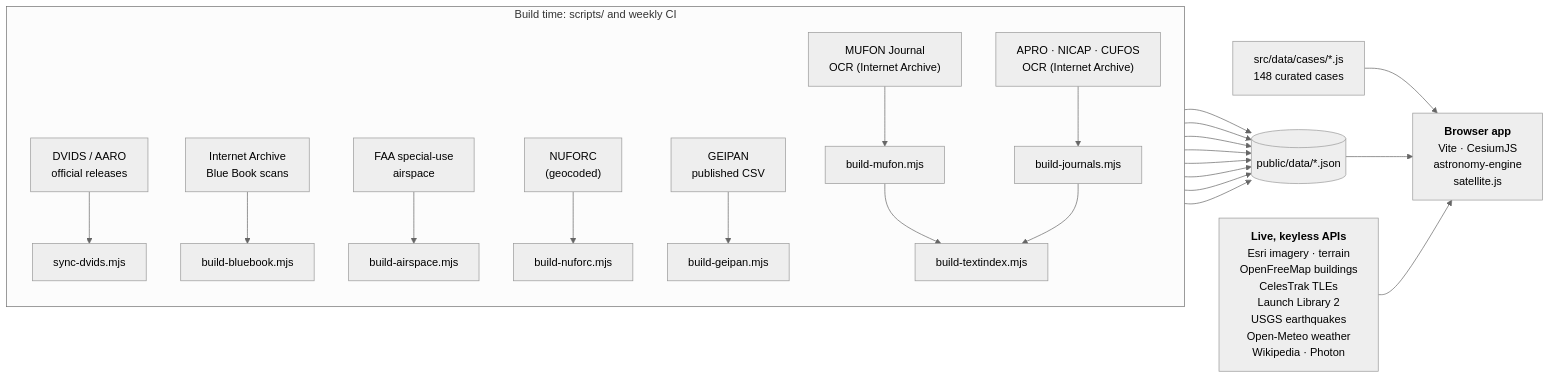
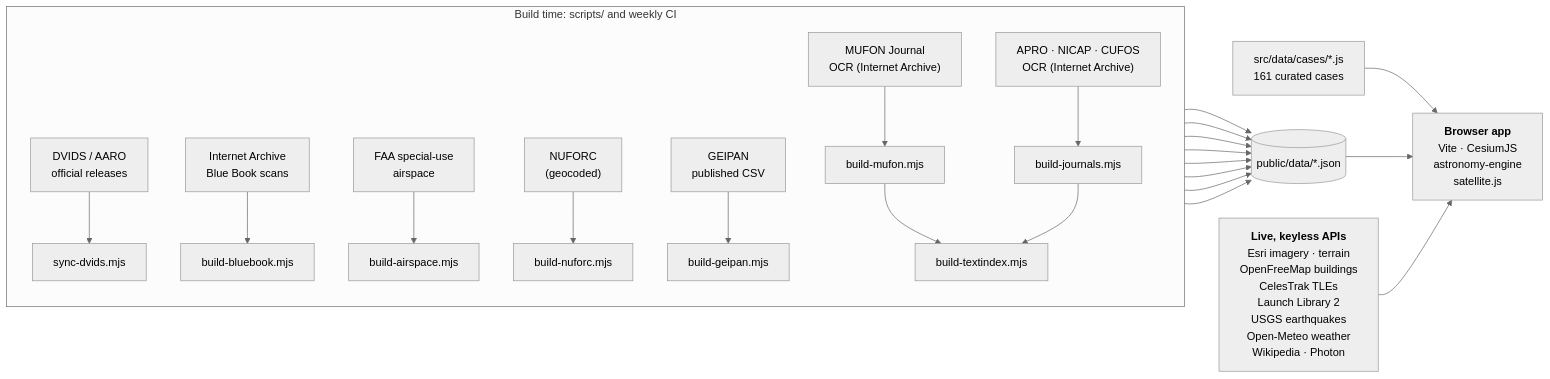
Before and after one commit to domw99/Gods-Eye-UAPs: the diagram in README.md, drawn with Mermaid (neutral theme). The commit also changed other lines of this file and 20 other files, not shown here.

````diff
--- a/README.md
+++ b/README.md
@@ -359,18 +359,18 @@
 ```mermaid
 flowchart LR
   subgraph build["Build time: scripts/ and weekly CI"]
     direction TB
     DVIDS["DVIDS / AARO<br/>official releases"] --> S1["sync-dvids.mjs"]
     IA["Internet Archive<br/>Blue Book scans"] --> S2["build-bluebook.mjs"]
     FAA["FAA special-use<br/>airspace"] --> S3["build-airspace.mjs"]
     NUF["NUFORC<br/>(geocoded)"] --> S4["build-nuforc.mjs"]
     MUF["MUFON Journal<br/>OCR (Internet Archive)"] --> S5["build-mufon.mjs"]
     GEI["GEIPAN<br/>published CSV"] --> S6["build-geipan.mjs"]
     ARC["APRO · NICAP · CUFOS<br/>OCR (Internet Archive)"] --> S7["build-journals.mjs"]
     S5 & S7 --> S8["build-textindex.mjs"]
   end
   S1 & S2 & S3 & S4 & S5 & S6 & S7 & S8 --> DATA[("public/data/*.json")]
-  CASES["src/data/cases/*.js<br/>148 curated cases"] --> APP
+  CASES["src/data/cases/*.js<br/>161 curated cases"] --> APP
   DATA --> APP["<b>Browser app</b><br/>Vite · CesiumJS<br/>astronomy-engine<br/>satellite.js"]
   LIVE["<b>Live, keyless APIs</b><br/>Esri imagery · terrain<br/>OpenFreeMap buildings<br/>CelesTrak TLEs<br/>Launch Library 2<br/>USGS earthquakes<br/>Open-Meteo weather<br/>Wikipedia · Photon"] --> APP
 ```
````
